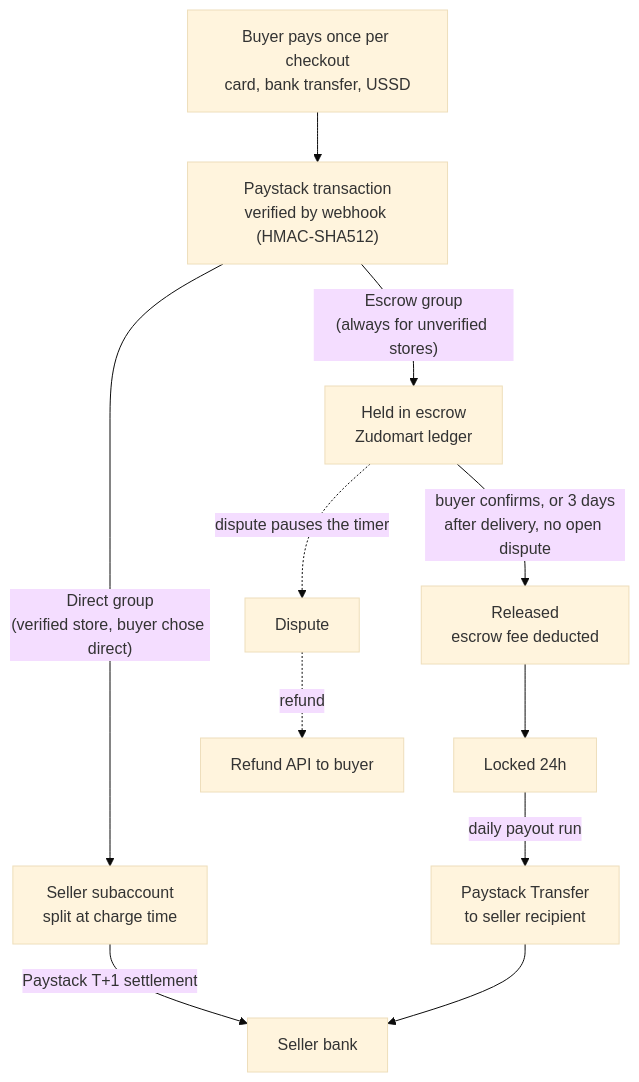
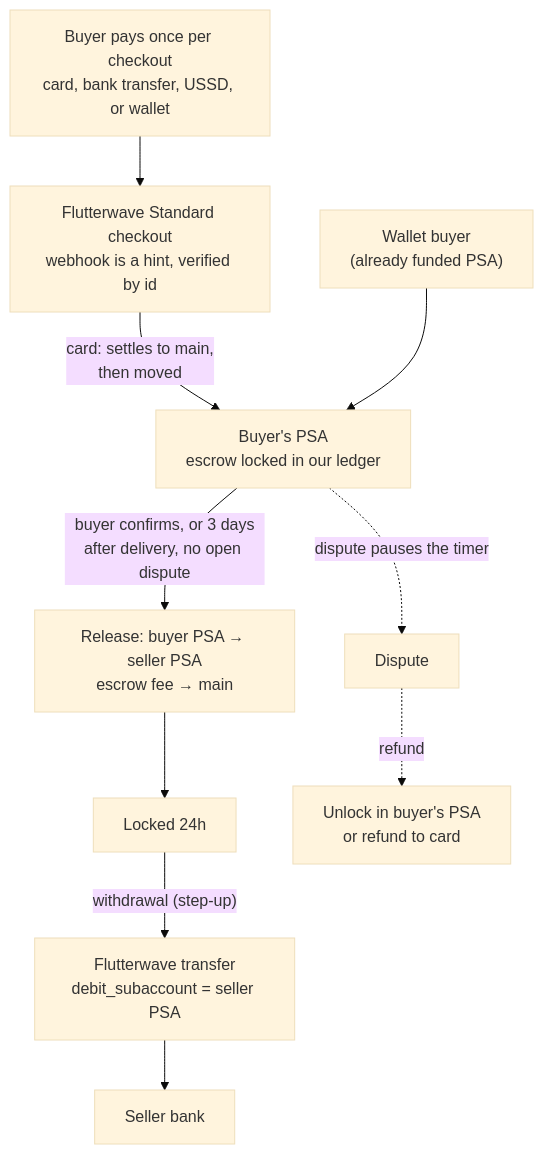
One commit to telente-technologies/nantty changed the fourth of 8 diagrams in README.md. Above: the diagram before and after it, drawn with Mermaid (base theme). The commit also changed other lines of this file and 20 other files, not shown here.

````diff
--- a/README.md
+++ b/README.md
@@ -332,13 +332,12 @@
 ```mermaid
 flowchart TB
-  B["Buyer pays once per checkout<br/>card, bank transfer, USSD"] --> TX["Paystack transaction<br/>verified by webhook (HMAC-SHA512)"]
-  TX -->|"Direct group<br/>(verified store, buyer chose direct)"| SA["Seller subaccount<br/>split at charge time"]
-  SA -->|"Paystack T+1 settlement"| BANK["Seller bank"]
-  TX -->|"Escrow group<br/>(always for unverified stores)"| ESC["Held in escrow<br/>Zudomart ledger"]
-  ESC -->|"buyer confirms, or 3 days<br/>after delivery, no open dispute"| REL["Released<br/>escrow fee deducted"]
+  B["Buyer pays once per checkout<br/>card, bank transfer, USSD, or wallet"] --> TX["Flutterwave Standard checkout<br/>webhook is a hint, verified by id"]
+  TX -->|"card: settles to main,<br/>then moved"| BPSA["Buyer's PSA<br/>escrow locked in our ledger"]
+  W["Wallet buyer<br/>(already funded PSA)"] --> BPSA
+  BPSA -->|"buyer confirms, or 3 days<br/>after delivery, no open dispute"| REL["Release: buyer PSA → seller PSA<br/>escrow fee → main"]
   REL --> LOCK["Locked 24h"]
-  LOCK -->|"daily payout run"| TRF["Paystack Transfer<br/>to seller recipient"]
-  TRF --> BANK
-  ESC -.->|dispute pauses the timer| DSP["Dispute"]
-  DSP -.->|refund| RF["Refund API to buyer"]
+  LOCK -->|"withdrawal (step-up)"| TRF["Flutterwave transfer<br/>debit_subaccount = seller PSA"]
+  TRF --> BANK["Seller bank"]
+  BPSA -.->|dispute pauses the timer| DSP["Dispute"]
+  DSP -.->|refund| RF["Unlock in buyer's PSA<br/>or refund to card"]
 ```
````
